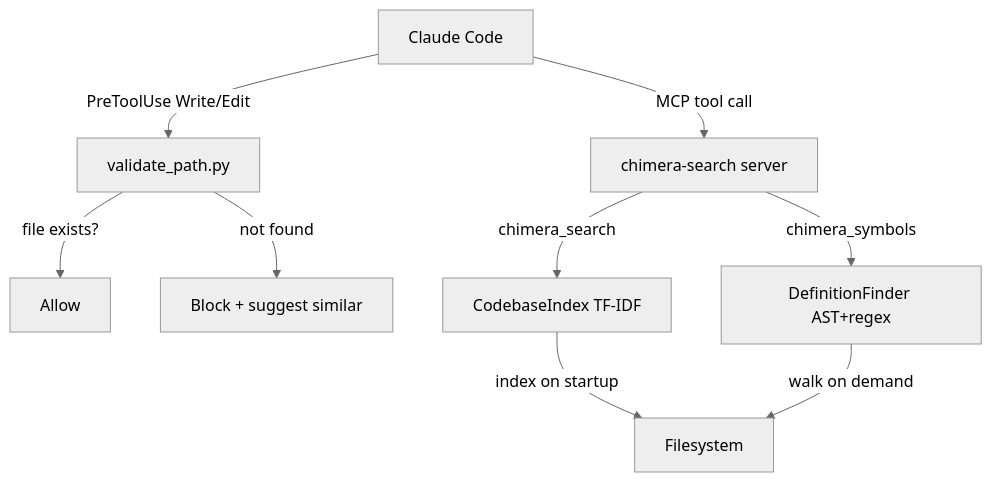
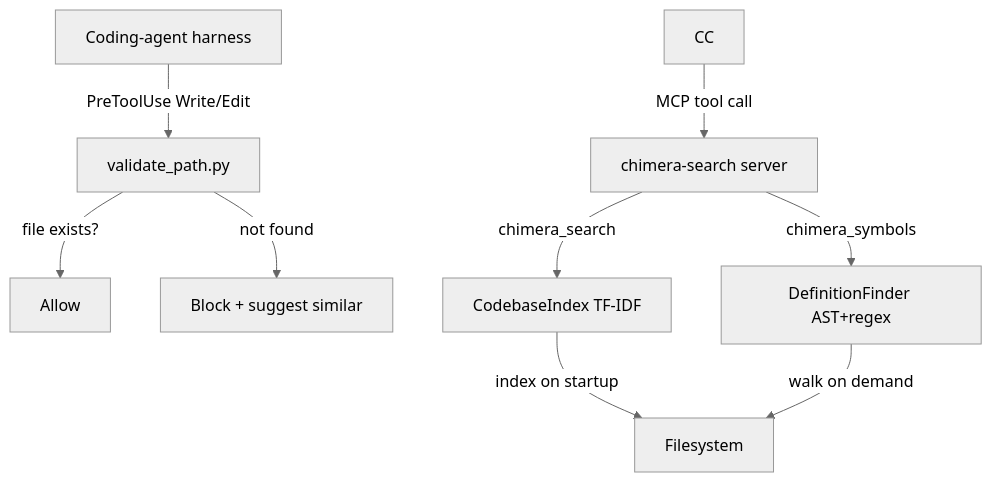
Before and after one commit to 0bserver07/chimera: the diagram in docs/playbooks/01-codebase-search.md, drawn with Mermaid (neutral theme). The commit also changed other lines of this file and 17 other files, not shown here.

````diff
--- a/docs/playbooks/01-codebase-search.md
+++ b/docs/playbooks/01-codebase-search.md
@@ -16,11 +16,11 @@
 ```mermaid
 graph TD
-    CC[Claude Code] -->|PreToolUse Write/Edit| VP[validate_path.py]
+    H0[Coding-agent harness] -->|PreToolUse Write/Edit| VP[validate_path.py]
     VP -->|file exists?| Y[Allow]
     VP -->|not found| B[Block + suggest similar]
     CC -->|MCP tool call| SS[chimera-search server]
     SS -->|chimera_search| CI[CodebaseIndex TF-IDF]
     SS -->|chimera_symbols| DF[DefinitionFinder AST+regex]
     CI -->|index on startup| FS[Filesystem]
     DF -->|walk on demand| FS
 ```
````
